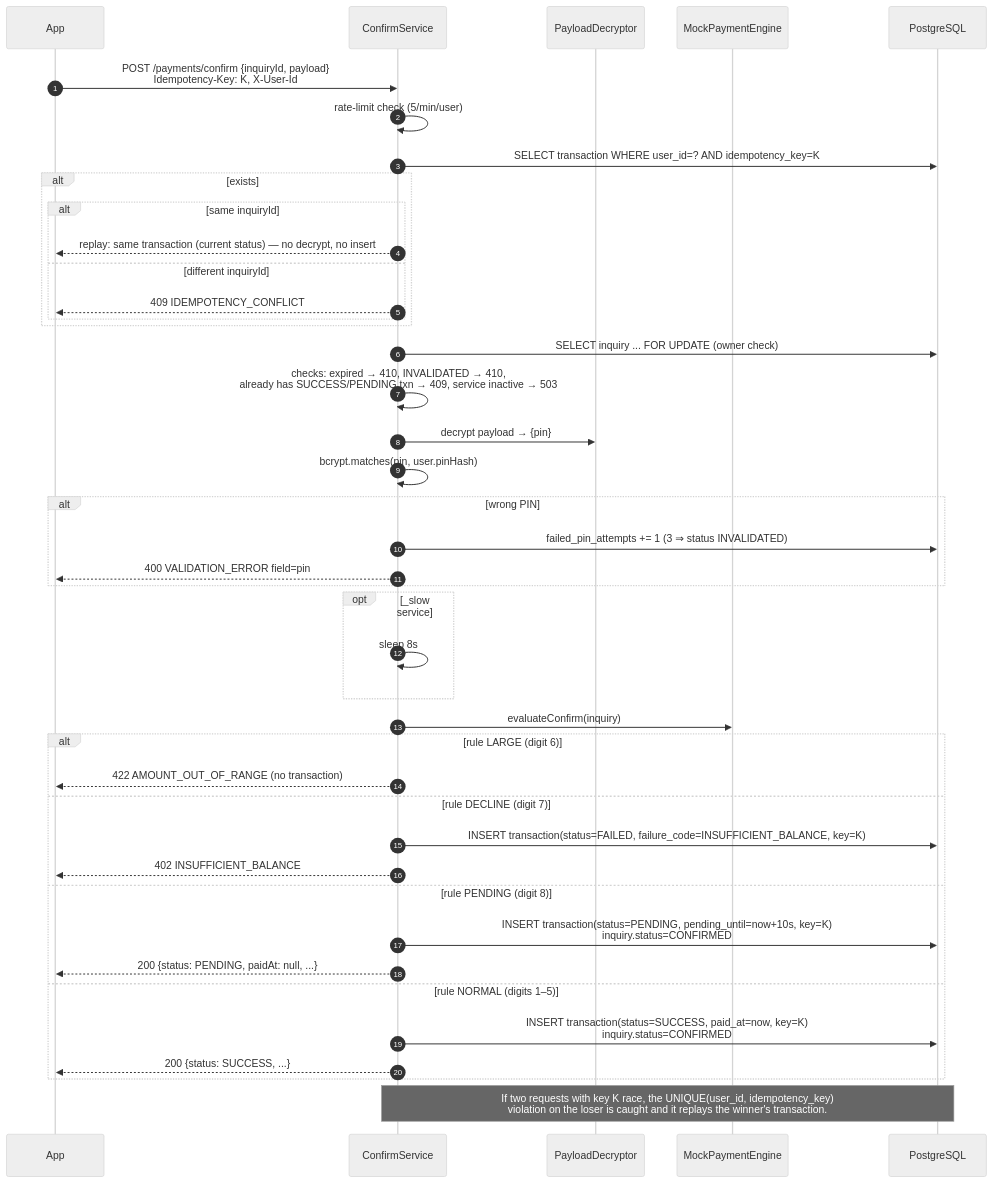
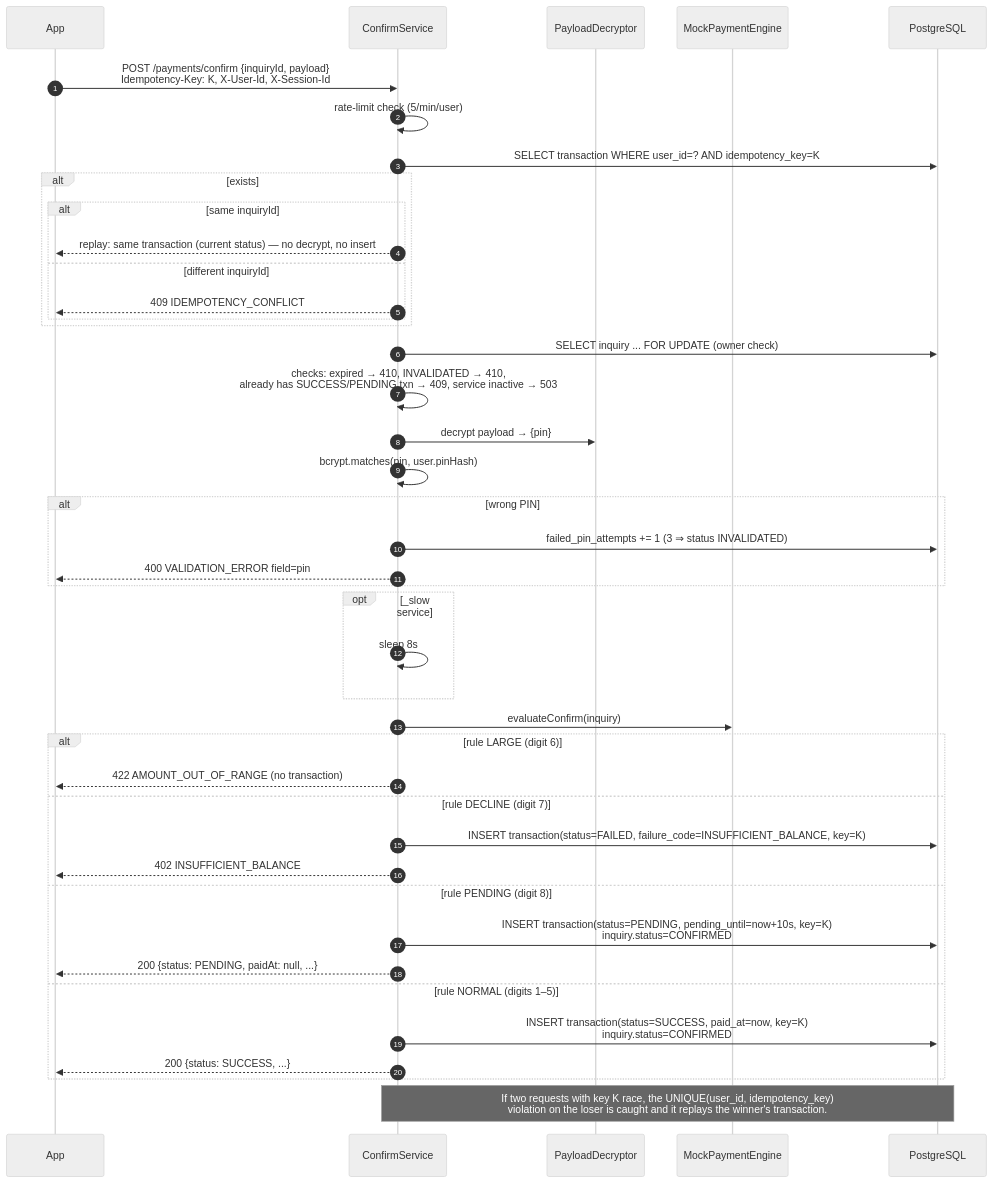
One commit to M-o-m-e-n/Momkn-pay-backend changed the eighth of 11 diagrams in docs/HLD.md. Above: the diagram before and after it, drawn with Mermaid (neutral theme). The commit also changed other lines of this file and 3 other files, not shown here.

````diff
--- a/docs/HLD.md
+++ b/docs/HLD.md
@@ -303,45 +322,45 @@
 ```mermaid
 sequenceDiagram
     autonumber
     participant App
     participant CS as ConfirmService
     participant PD as PayloadDecryptor
     participant ENG as MockPaymentEngine
     participant DB as PostgreSQL
 
-    App->>CS: POST /payments/confirm {inquiryId, payload}<br/>Idempotency-Key: K, X-User-Id
+    App->>CS: POST /payments/confirm {inquiryId, payload}<br/>Idempotency-Key: K, X-User-Id, X-Session-Id
     CS->>CS: rate-limit check (5/min/user)
     CS->>DB: SELECT transaction WHERE user_id=? AND idempotency_key=K
     alt exists
         alt same inquiryId
             CS-->>App: replay: same transaction (current status) — no decrypt, no insert
         else different inquiryId
             CS-->>App: 409 IDEMPOTENCY_CONFLICT
         end
     end
     CS->>DB: SELECT inquiry ... FOR UPDATE (owner check)
     CS->>CS: checks: expired → 410, INVALIDATED → 410,<br/>already has SUCCESS/PENDING txn → 409, service inactive → 503
     CS->>PD: decrypt payload → {pin}
     CS->>CS: bcrypt.matches(pin, user.pinHash)
     alt wrong PIN
         CS->>DB: failed_pin_attempts += 1 (3 ⇒ status INVALIDATED)
         CS-->>App: 400 VALIDATION_ERROR field=pin
     end
     opt _slow service
         CS->>CS: sleep 8s
     end
     CS->>ENG: evaluateConfirm(inquiry)
     alt rule LARGE (digit 6)
         CS-->>App: 422 AMOUNT_OUT_OF_RANGE (no transaction)
     else rule DECLINE (digit 7)
         CS->>DB: INSERT transaction(status=FAILED, failure_code=INSUFFICIENT_BALANCE, key=K)
         CS-->>App: 402 INSUFFICIENT_BALANCE
     else rule PENDING (digit 8)
         CS->>DB: INSERT transaction(status=PENDING, pending_until=now+10s, key=K)<br/>inquiry.status=CONFIRMED
         CS-->>App: 200 {status: PENDING, paidAt: null, ...}
     else rule NORMAL (digits 1–5)
         CS->>DB: INSERT transaction(status=SUCCESS, paid_at=now, key=K)<br/>inquiry.status=CONFIRMED
         CS-->>App: 200 {status: SUCCESS, ...}
     end
     Note over CS,DB: If two requests with key K race, the UNIQUE(user_id, idempotency_key)<br/>violation on the loser is caught and it replays the winner's transaction.
 ```
````
